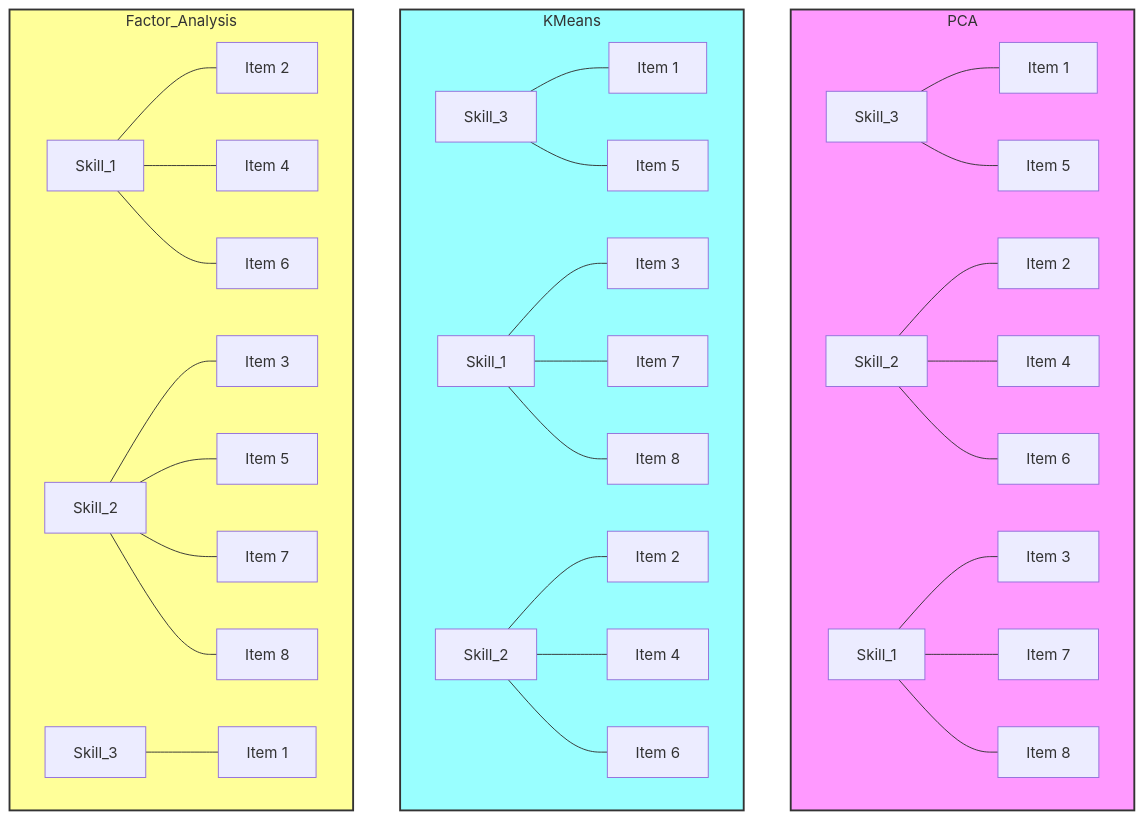
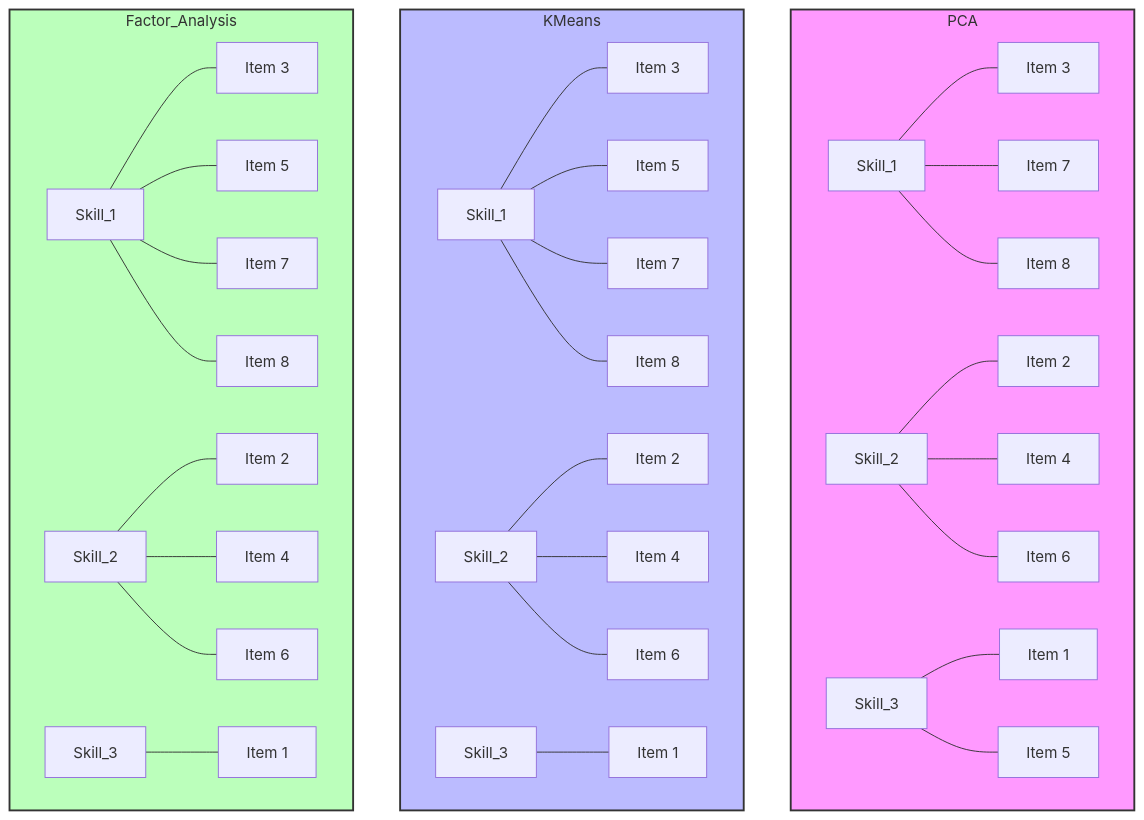
The first of 3 diagrams in educ_6191_001/creative_assignments/assignment_3/index.qmd (baker-jr-john/Website), drawn with Mermaid before and after one commit. The commit also changed other lines of this file and 17 other files, not shown here.

````diff
--- a/educ_6191_001/creative_assignments/assignment_3/index.qmd
+++ b/educ_6191_001/creative_assignments/assignment_3/index.qmd
@@ -483,45 +559,45 @@
 ```{mermaid}
 graph TB
     subgraph PCA
-        PCA_S3[Skill_3] --- PCA_I1[Item 1]
-        PCA_S3 --- PCA_I5[Item 5]
+        PCA_S1[Skill_1] --- PCA_I3[Item 3]
+        PCA_S1 --- PCA_I7[Item 7]
+        PCA_S1 --- PCA_I8[Item 8]
         
         PCA_S2[Skill_2] --- PCA_I2[Item 2]
         PCA_S2 --- PCA_I4[Item 4]
         PCA_S2 --- PCA_I6[Item 6]
         
-        PCA_S1[Skill_1] --- PCA_I3[Item 3]
-        PCA_S1 --- PCA_I7[Item 7]
-        PCA_S1 --- PCA_I8[Item 8]
+        PCA_S3[Skill_3] --- PCA_I1[Item 1]
+        PCA_S3 --- PCA_I5[Item 5]
     end
     
     subgraph KMeans
-        BQ_S3[Skill_3] --- BQ_I1[Item 1]
-        BQ_S3 --- BQ_I5[Item 5]
+        KM_S1[Skill_1] --- KM_I3[Item 3]
+        KM_S1 --- KM_I5[Item 5]
+        KM_S1 --- KM_I7[Item 7]
+        KM_S1 --- KM_I8[Item 8]
         
-        BQ_S1[Skill_1] --- BQ_I3[Item 3]
-        BQ_S1 --- BQ_I7[Item 7]
-        BQ_S1 --- BQ_I8[Item 8]
+        KM_S2[Skill_2] --- KM_I2[Item 2]
+        KM_S2 --- KM_I4[Item 4]
+        KM_S2 --- KM_I6[Item 6]
         
-        BQ_S2[Skill_2] --- BQ_I2[Item 2]
-        BQ_S2 --- BQ_I4[Item 4]
-        BQ_S2 --- BQ_I6[Item 6]
+        KM_S3[Skill_3] --- KM_I1[Item 1]
     end
     
     subgraph Factor_Analysis
-        FA_S1[Skill_1] --- FA_I2[Item 2]
-        FA_S1 --- FA_I4[Item 4]
-        FA_S1 --- FA_I6[Item 6]
+        FA_S1[Skill_1] --- FA_I3[Item 3]
+        FA_S1 --- FA_I5[Item 5]
+        FA_S1 --- FA_I7[Item 7]
+        FA_S1 --- FA_I8[Item 8]
         
-        FA_S2[Skill_2] --- FA_I3[Item 3]
-        FA_S2 --- FA_I5[Item 5]
-        FA_S2 --- FA_I7[Item 7]
-        FA_S2 --- FA_I8[Item 8]
+        FA_S2[Skill_2] --- FA_I2[Item 2]
+        FA_S2 --- FA_I4[Item 4]
+        FA_S2 --- FA_I6[Item 6]
         
         FA_S3[Skill_3] --- FA_I1[Item 1]
     end
 
     style PCA fill:#f9f,stroke:#333,stroke-width:2px
-    style KMeans fill:#9ff,stroke:#333,stroke-width:2px
-    style Factor_Analysis fill:#ff9,stroke:#333,stroke-width:2px
+    style KMeans fill:#bbf,stroke:#333,stroke-width:2px
+    style Factor_Analysis fill:#bfb,stroke:#333,stroke-width:2px
 ```
````
